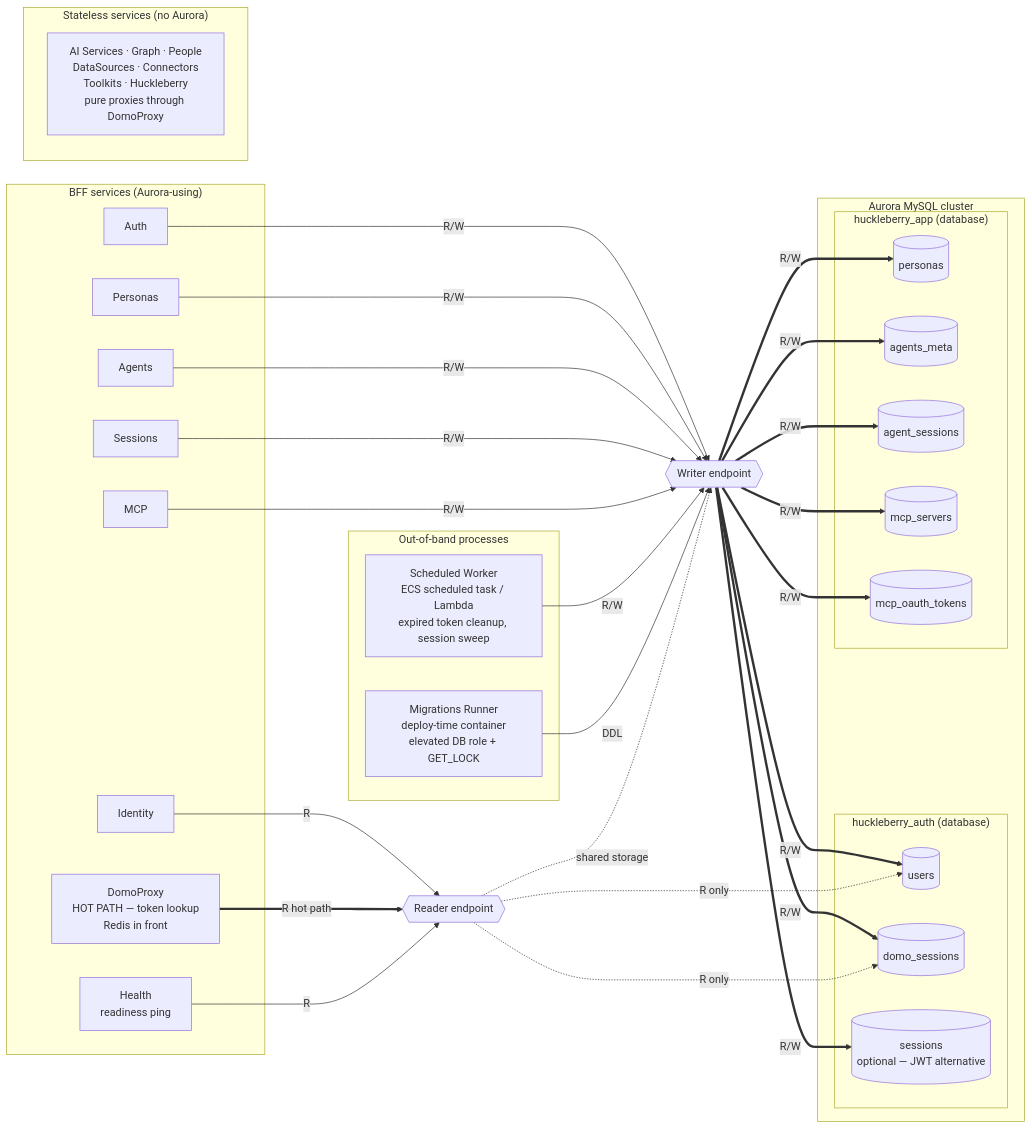
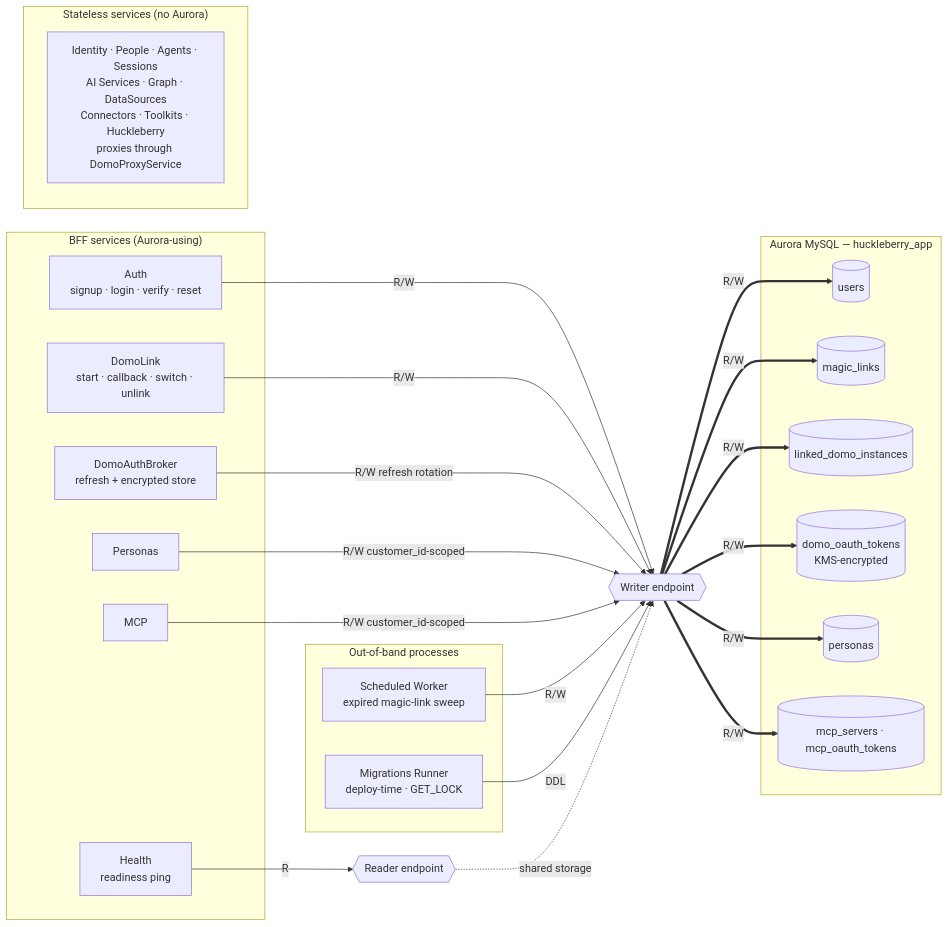
Before and after one commit to emmetuft/huckleberry-server: the second of 3 diagrams in docs/diagrams/aurora-integration.md, drawn with Mermaid. The commit also changed other lines of this file and 26 other files, not shown here.

````diff
--- a/docs/diagrams/aurora-integration.md
+++ b/docs/diagrams/aurora-integration.md
@@ -78,65 +80,50 @@
 ```mermaid
 graph LR
     subgraph "BFF services (Aurora-using)"
-        AUTH[Auth]
-        IDENT[Identity]
+        AUTH[Auth<br/>signup · login · verify · reset]
+        LINK[DomoLink<br/>start · callback · switch · unlink]
+        BROKER[DomoAuthBroker<br/>refresh + encrypted store]
         PERS[Personas]
-        AGENTS[Agents]
-        SESS[Sessions]
         MCP[MCP]
-        PROXY_SVC["DomoProxy<br/>HOT PATH — token lookup<br/>Redis in front"]
         HEALTH[Health<br/>readiness ping]
     end
 
     subgraph "Stateless services (no Aurora)"
-        STATELESS[AI Services · Graph · People<br/>DataSources · Connectors<br/>Toolkits · Huckleberry<br/>pure proxies through DomoProxy]
+        STATELESS[Identity · People · Agents · Sessions<br/>AI Services · Graph · DataSources<br/>Connectors · Toolkits · Huckleberry<br/>proxies through DomoProxyService]
     end
 
     subgraph "Out-of-band processes"
-        WORKER[Scheduled Worker<br/>ECS scheduled task / Lambda<br/>expired token cleanup, session sweep]
-        MIGRATOR[Migrations Runner<br/>deploy-time container<br/>elevated DB role + GET_LOCK]
+        WORKER[Scheduled Worker<br/>expired magic-link sweep]
+        MIGRATOR[Migrations Runner<br/>deploy-time · GET_LOCK]
     end
 
-    subgraph "Aurora MySQL cluster"
-        subgraph "huckleberry_auth (database)"
-            T_USERS[(users)]
-            T_TOKENS[(domo_sessions)]
-            T_SESSIONS[(sessions<br/>optional — JWT alternative)]
-        end
-
-        subgraph "huckleberry_app (database)"
-            T_PERSONAS[(personas)]
-            T_AGENTS[(agents_meta)]
-            T_AGENT_SESS[(agent_sessions)]
-            T_MCP[(mcp_servers)]
-            T_MCP_TOK[(mcp_oauth_tokens)]
-        end
+    subgraph "Aurora MySQL — huckleberry_app"
+        T_USERS[(users)]
+        T_MAGIC[(magic_links)]
+        T_LINKS[(linked_domo_instances)]
+        T_TOKENS[(domo_oauth_tokens<br/>KMS-encrypted)]
+        T_PERSONAS[(personas)]
+        T_MCP[(mcp_servers · mcp_oauth_tokens)]
     end
 
     WRITER_EP{{Writer endpoint}}
     READER_EP{{Reader endpoint}}
 
     AUTH -->|R/W| WRITER_EP
-    PERS -->|R/W| WRITER_EP
-    AGENTS -->|R/W| WRITER_EP
-    SESS -->|R/W| WRITER_EP
-    MCP -->|R/W| WRITER_EP
-    IDENT -->|R| READER_EP
-    PROXY_SVC ==>|R hot path| READER_EP
+    LINK -->|R/W| WRITER_EP
+    BROKER -->|R/W refresh rotation| WRITER_EP
+    PERS -->|R/W customer_id-scoped| WRITER_EP
+    MCP -->|R/W customer_id-scoped| WRITER_EP
     HEALTH -->|R| READER_EP
     WORKER -->|R/W| WRITER_EP
     MIGRATOR -->|DDL| WRITER_EP
 
     WRITER_EP ==>|R/W| T_USERS
+    WRITER_EP ==>|R/W| T_MAGIC
+    WRITER_EP ==>|R/W| T_LINKS
     WRITER_EP ==>|R/W| T_TOKENS
-    WRITER_EP ==>|R/W| T_SESSIONS
     WRITER_EP ==>|R/W| T_PERSONAS
-    WRITER_EP ==>|R/W| T_AGENTS
-    WRITER_EP ==>|R/W| T_AGENT_SESS
     WRITER_EP ==>|R/W| T_MCP
-    WRITER_EP ==>|R/W| T_MCP_TOK
 
-    READER_EP -.R only.-> T_USERS
-    READER_EP -.R only.-> T_TOKENS
     READER_EP -.shared storage.-> WRITER_EP
 ```
````
